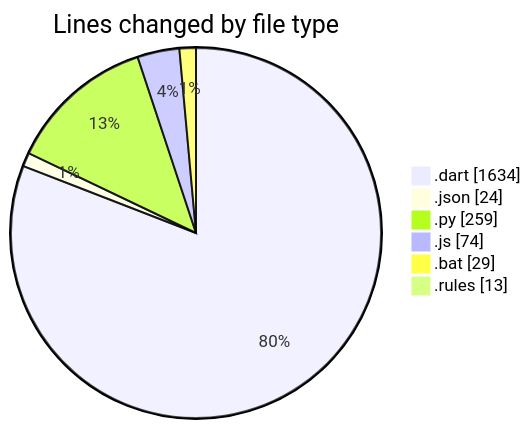
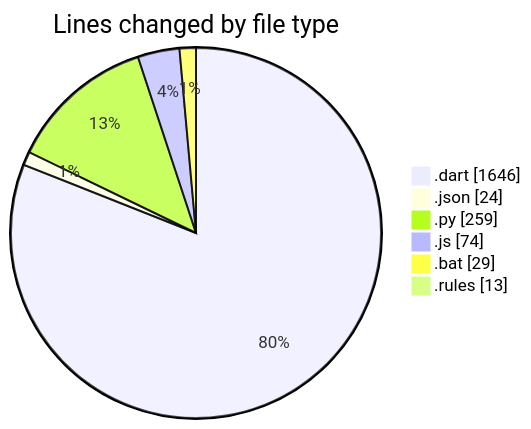
The first of 2 diagrams in 2025-08-04/studybuddy/README.md (lephambinh05/code-tracking), drawn with Mermaid before and after one commit. The commit also changed other lines of this file and 1 other file, not shown here.

````diff
--- a/2025-08-04/studybuddy/README.md
+++ b/2025-08-04/studybuddy/README.md
@@ -42,10 +42,10 @@
 ```mermaid
 pie showData
 title Lines changed by file type
-".dart" : 1634
+".dart" : 1646
 ".json" : 24
 ".py" : 259
 ".js" : 74
 ".bat" : 29
 ".rules" : 13
 ```
````
